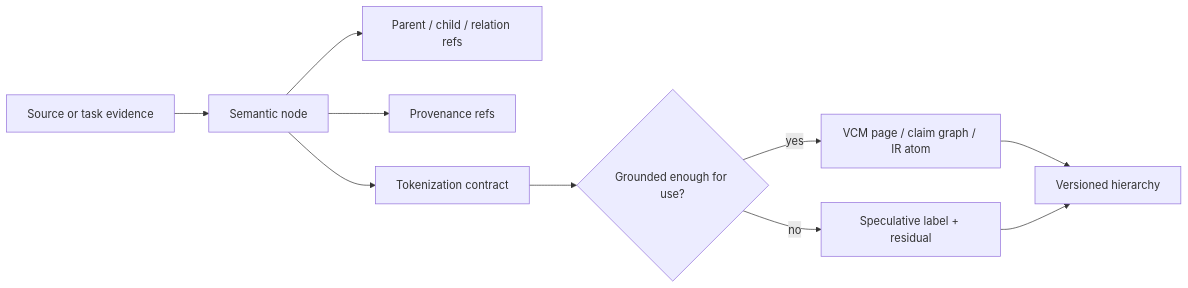
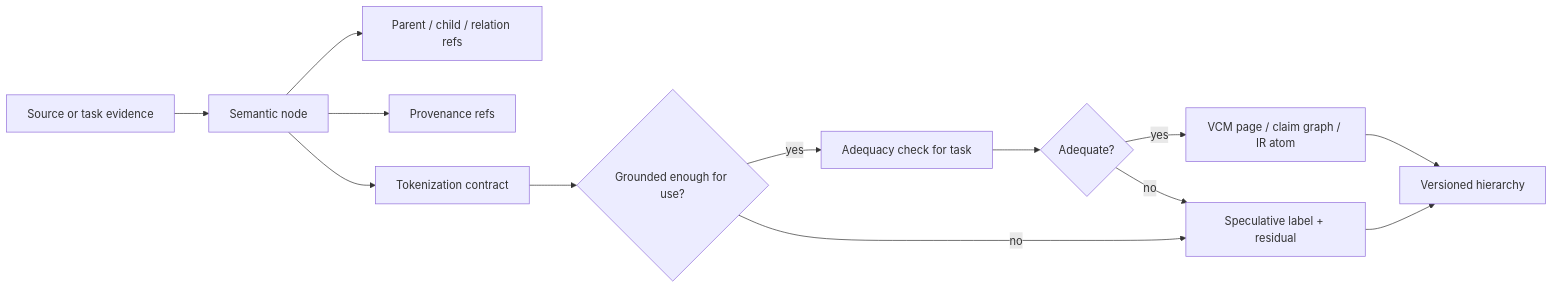
One commit to corbensorenson/asi-stack-book changed the diagram in chapters/semantic-representation-and-tree-structured-models.qmd. Above: the diagram before and after it, drawn with Mermaid. The commit also changed other lines of this file and 3 other files, not shown here.

````diff
--- a/chapters/semantic-representation-and-tree-structured-models.qmd
+++ b/chapters/semantic-representation-and-tree-structured-models.qmd
@@ -84,12 +86,15 @@
 ```{mermaid}
 flowchart LR
   A["Source or task evidence"] --> B["Semantic node"]
   B --> C["Parent / child / relation refs"]
   B --> D["Provenance refs"]
   B --> E["Tokenization contract"]
   E --> F{"Grounded enough for use?"}
-  F -- "yes" --> G["VCM page / claim graph / IR atom"]
+  F -- "yes" --> G["Adequacy check for task"]
+  G --> J{"Adequate?"}
+  J -- "yes" --> K["VCM page / claim graph / IR atom"]
+  J -- "no" --> H
   F -- "no" --> H["Speculative label + residual"]
-  G --> I["Versioned hierarchy"]
+  K --> I["Versioned hierarchy"]
   H --> I
 ```
````
